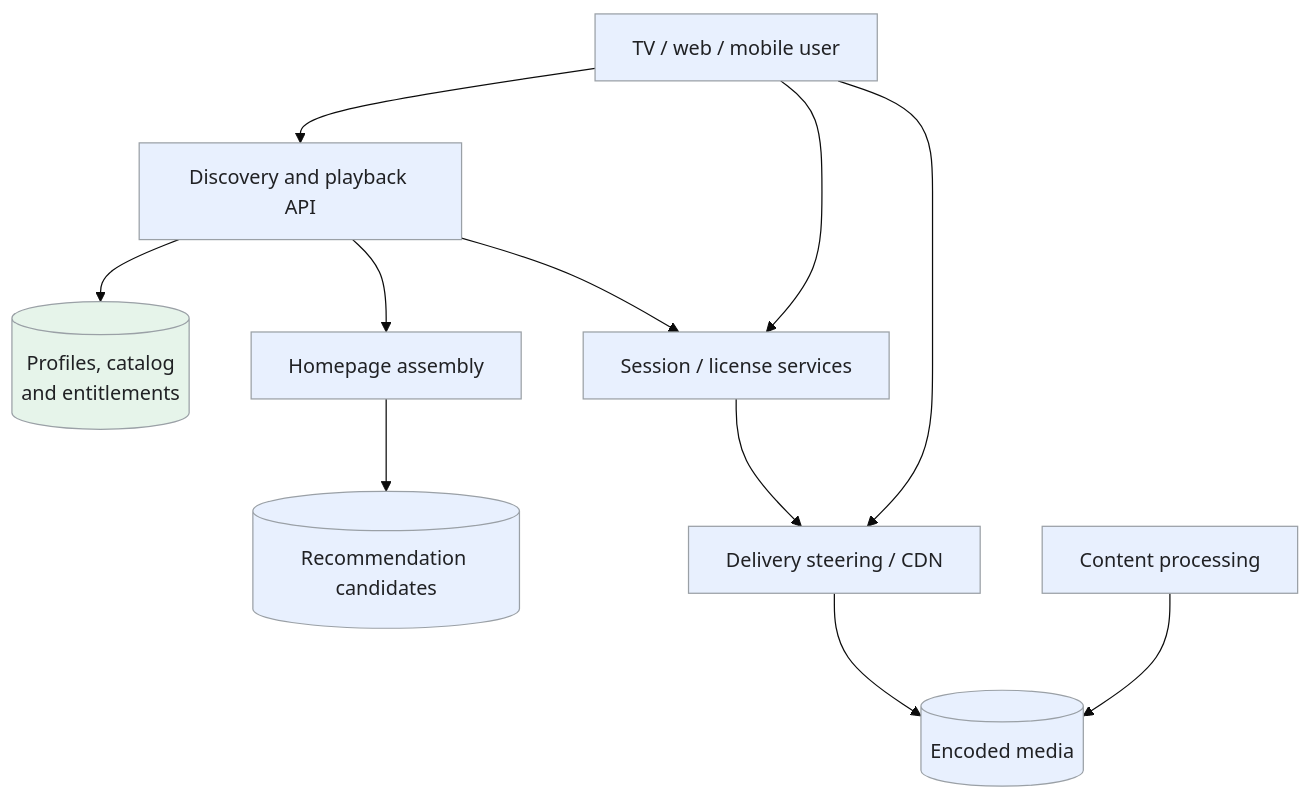
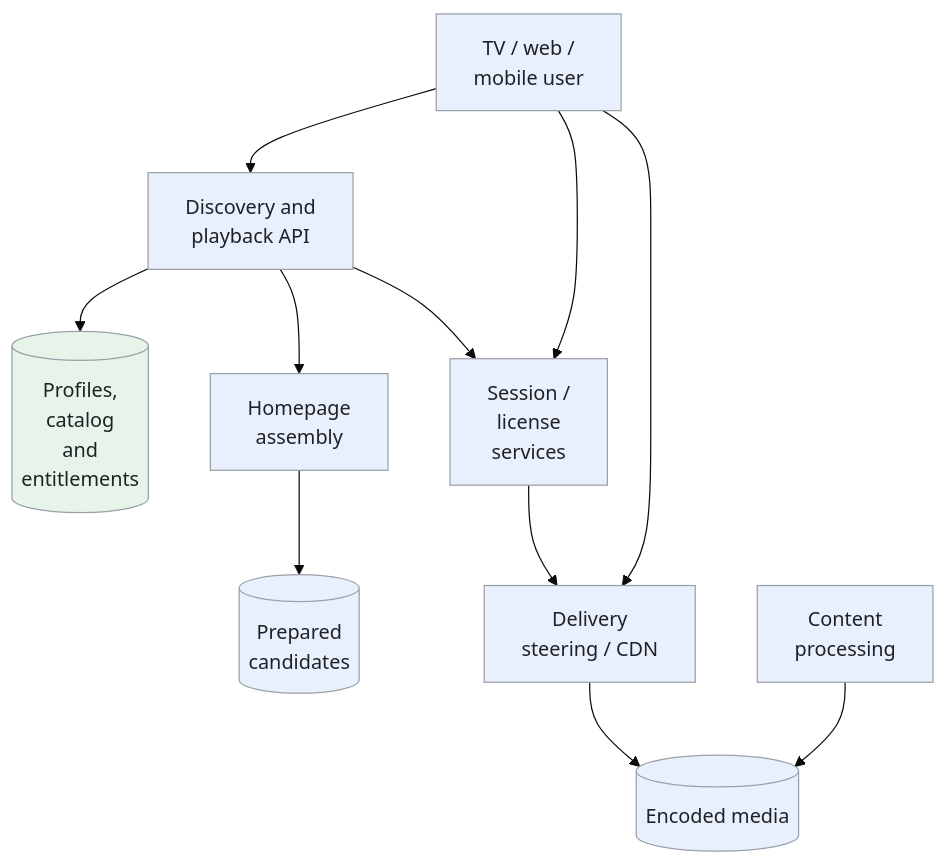
Before and after one commit to iliazlobin/iliazlobin.github.io: the first of 4 diagrams in _designs/system-design-netflix.md, drawn with Mermaid (base theme). The commit also changed other lines of this file and 116 other files, not shown here.

````diff
--- a/_designs/system-design-netflix.md
+++ b/_designs/system-design-netflix.md
@@ -121,18 +121,18 @@
 ```mermaid
 flowchart TB
-  U["TV / web / mobile user"] --> API["Discovery and playback API"]
-  API --> META[("Profiles, catalog<br/>and entitlements")]
-  API --> REC["Homepage assembly"]
-  REC --> CAND[("Recommendation candidates")]
-  API --> AUTH["Session / license services"]
-  AUTH --> CDN["Delivery steering / CDN"]
+  U["TV / web /<br>mobile user"] --> API["Discovery and<br>playback API"]
+  API --> META[("Profiles,<br>catalog<br>and<br>entitlements")]
+  API --> REC["Homepage<br>assembly"]
+  REC --> CAND[("Prepared<br>candidates")]
+  API --> AUTH["Session /<br>license<br>services"]
+  AUTH --> CDN["Delivery<br>steering / CDN"]
   U --> CDN
   U --> AUTH
   CDN --> OBJ[("Encoded media")]
-  INGEST["Content processing"] --> OBJ
+  INGEST["Content<br>processing"] --> OBJ
   classDef request fill:#e8f0fe,stroke:#9aa0a6,color:#202124,stroke-width:1px
   classDef background fill:#e6f4ea,stroke:#9aa0a6,color:#202124,stroke-width:1px
   classDef control fill:#fef7e0,stroke:#9aa0a6,color:#202124,stroke-width:1px
   class U,API,REC,CAND,AUTH,CDN,OBJ,INGEST request
   class META background
 ```
````
